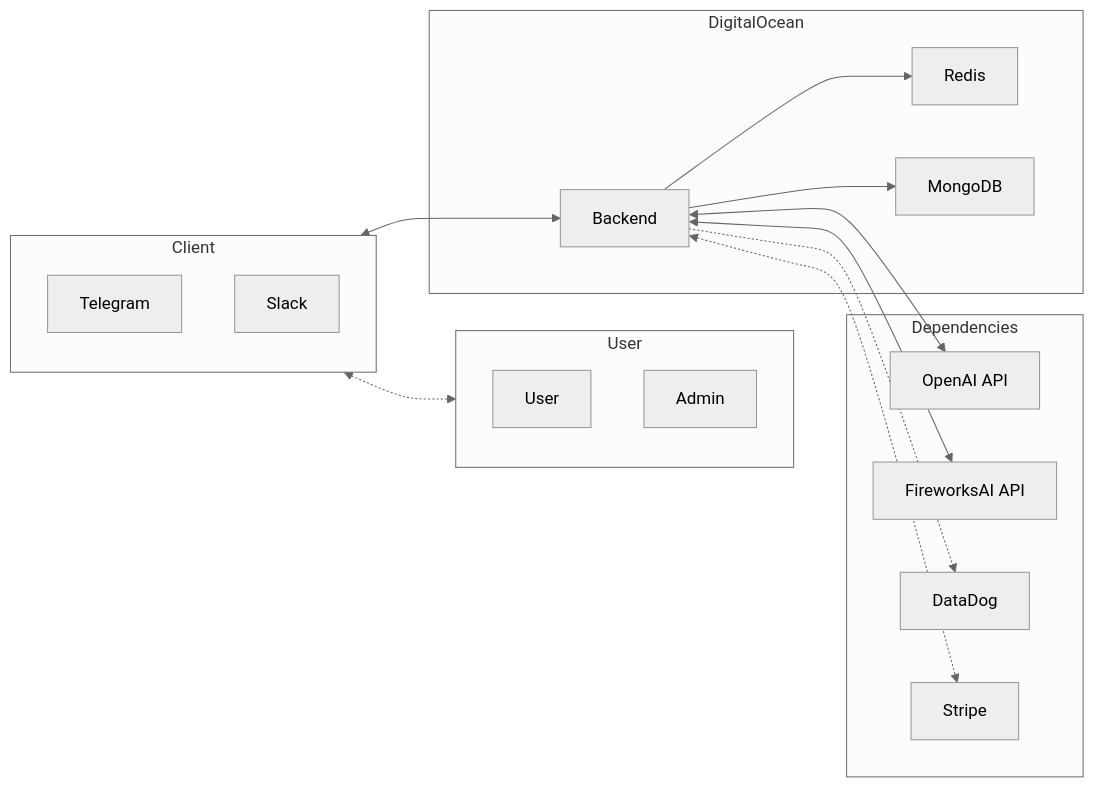
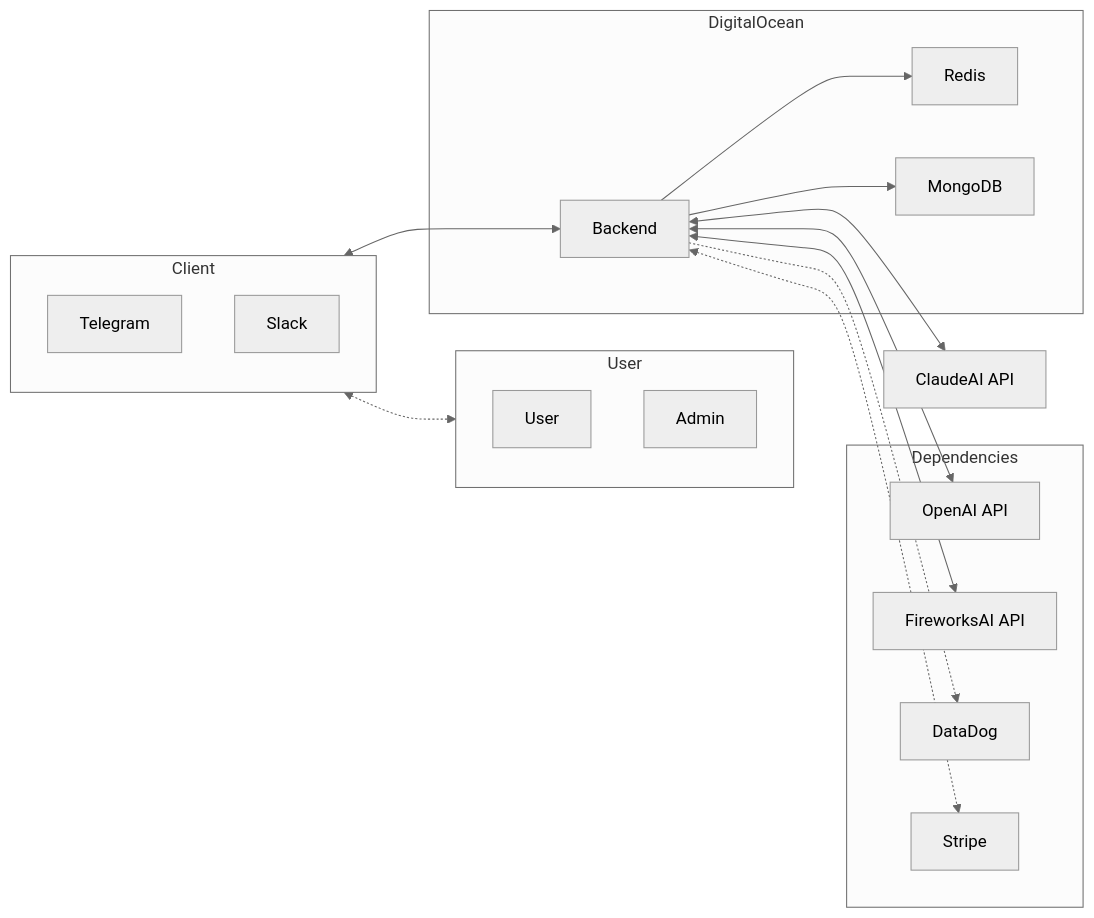
Before and after one commit to radiantspace/talk2robots: the diagram in README.md, drawn with Mermaid (neutral theme). The commit also changed other lines of this file and 25 other files, not shown here.

````diff
--- a/README.md
+++ b/README.md
@@ -109,34 +111,35 @@
 ```mermaid
 graph LR
     subgraph "User"
     O[User]
     X[Admin]
     end
 
     subgraph "Client"
     T[Telegram]
     S[Slack]
     end
 
     Client <-.-> User
     Client <--> A[Backend]
 
     subgraph "DigitalOcean"
     A[Backend] --> F[Redis]
     A[Backend] --> B[MongoDB]
     end
 
     subgraph "Dependencies"
     D[OpenAI API]
     E[FireworksAI API]
     P[DataDog]
     N[Stripe]
     end
 
     A[Backend] <--> D[OpenAI API]
     A[Backend] <--> E[FireworksAI API]
+    A[Backend] <--> I[ClaudeAI API]
     A[Backend] -.-> P[DataDog] 
     A[Backend] <-.-> N[Stripe]
 
 
 ```
````
